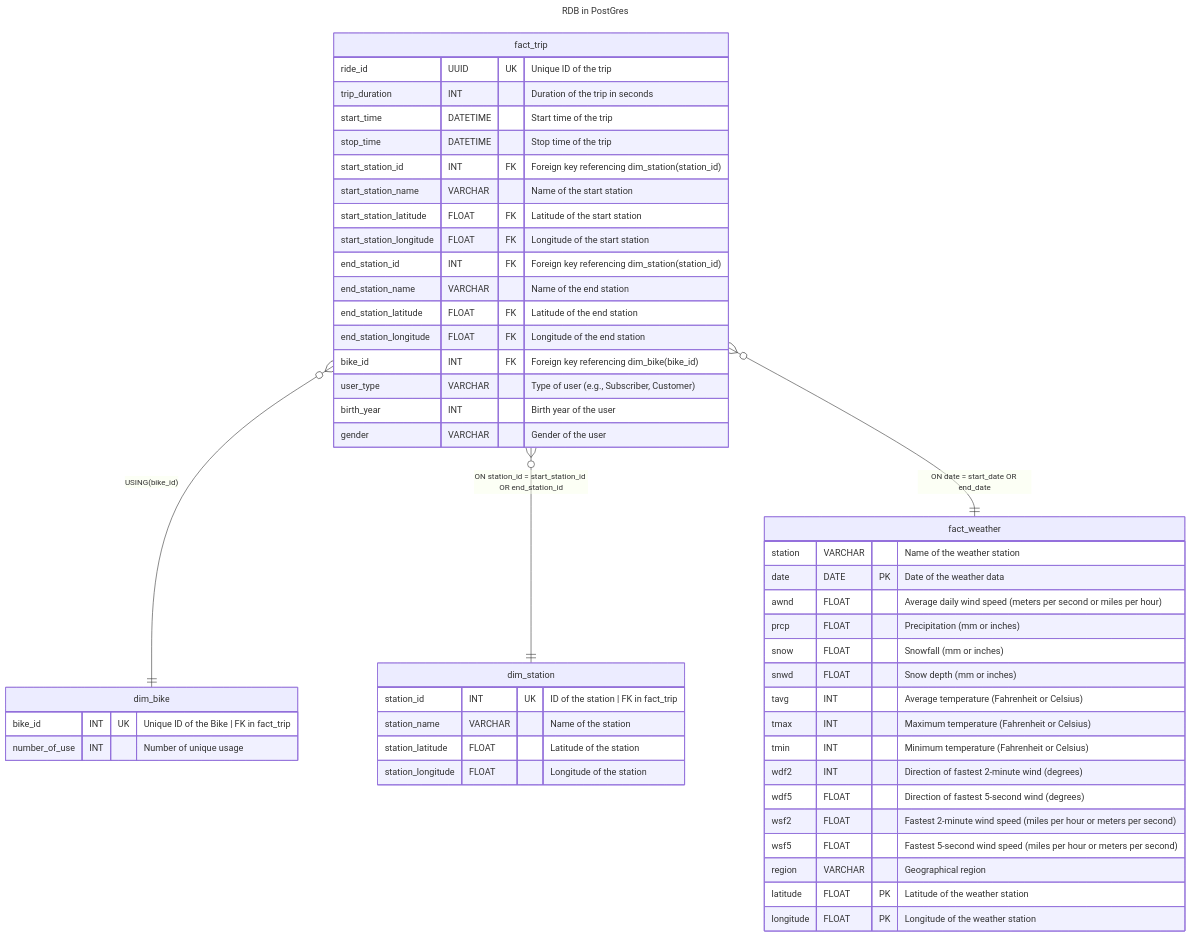
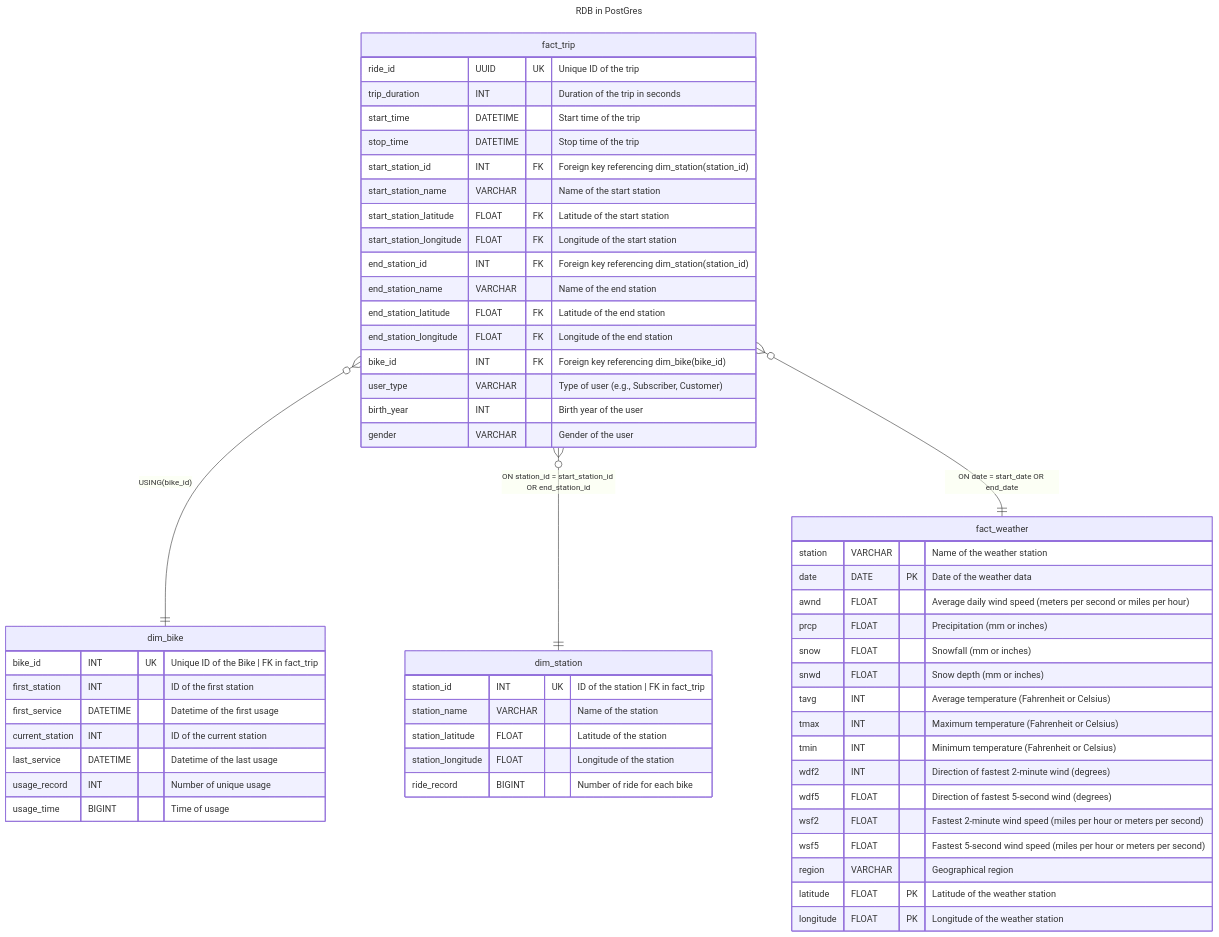
The second of 2 diagrams in README.md (reirualluap/data-management-portfolio-project), drawn with Mermaid before and after one commit. The commit also changed other lines of this file and 2 other files, not shown here.

````diff
--- a/README.md
+++ b/README.md
@@ -57,61 +207,70 @@
 ```mermaid
 ---
 title: RDB in PostGres
 ---
 erDiagram
     dim_station {
         station_id INT UK "ID of the station | FK in fact_trip"
         station_name VARCHAR "Name of the station"
         station_latitude FLOAT "Latitude of the station"
         station_longitude FLOAT "Longitude of the station"
+        ride_record BIGINT "Number of ride for each bike" 
     }
 
     dim_bike {
         bike_id INT UK "Unique ID of the Bike | FK in fact_trip"
-        number_of_use INT "Number of unique usage"
+        first_station INT "ID of the first station" 
+        first_service DATETIME "Datetime of the first usage" 
+        current_station INT "ID of the current station"
+        last_service DATETIME "Datetime of the last usage"
+        usage_record INT "Number of unique usage"
+        usage_time BIGINT "Time of usage"
+
+
+
     }
 
     fact_trip {
         ride_id UUID UK "Unique ID of the trip"
         trip_duration INT "Duration of the trip in seconds"
         start_time DATETIME "Start time of the trip"
         stop_time DATETIME "Stop time of the trip"
         start_station_id INT FK "Foreign key referencing dim_station(station_id)"
         start_station_name VARCHAR "Name of the start station"
         start_station_latitude FLOAT FK "Latitude of the start station"
         start_station_longitude FLOAT FK "Longitude of the start station"
         end_station_id INT FK "Foreign key referencing dim_station(station_id)"
         end_station_name VARCHAR "Name of the end station"
         end_station_latitude FLOAT FK "Latitude of the end station"
         end_station_longitude FLOAT FK "Longitude of the end station"
         bike_id INT FK "Foreign key referencing dim_bike(bike_id)"
         user_type VARCHAR "Type of user (e.g., Subscriber, Customer)"
         birth_year INT "Birth year of the user"
         gender VARCHAR "Gender of the user"
     }
 
     fact_weather {
         station VARCHAR "Name of the weather station"
         date DATE PK "Date of the weather data"
         awnd FLOAT "Average daily wind speed (meters per second or miles per hour)"
         prcp FLOAT "Precipitation (mm or inches)"
         snow FLOAT "Snowfall (mm or inches)"
         snwd FLOAT "Snow depth (mm or inches)"
         tavg INT "Average temperature (Fahrenheit or Celsius)"
         tmax INT "Maximum temperature (Fahrenheit or Celsius)"
         tmin INT "Minimum temperature (Fahrenheit or Celsius)"
         wdf2 INT "Direction of fastest 2-minute wind (degrees)"
         wdf5 FLOAT "Direction of fastest 5-second wind (degrees)"
         wsf2 FLOAT "Fastest 2-minute wind speed (miles per hour or meters per second)"
         wsf5 FLOAT "Fastest 5-second wind speed (miles per hour or meters per second)"
         region VARCHAR "Geographical region"
         latitude FLOAT PK "Latitude of the weather station"
         longitude FLOAT PK "Longitude of the weather station"
     }
 
     fact_trip }o--|| dim_bike : "USING(bike_id)" 
     fact_trip }o--|| dim_station : "ON station_id = start_station_id OR end_station_id"
     fact_trip }o--|| fact_weather : "ON date = start_date OR end_date"
 
 
 ```
````
